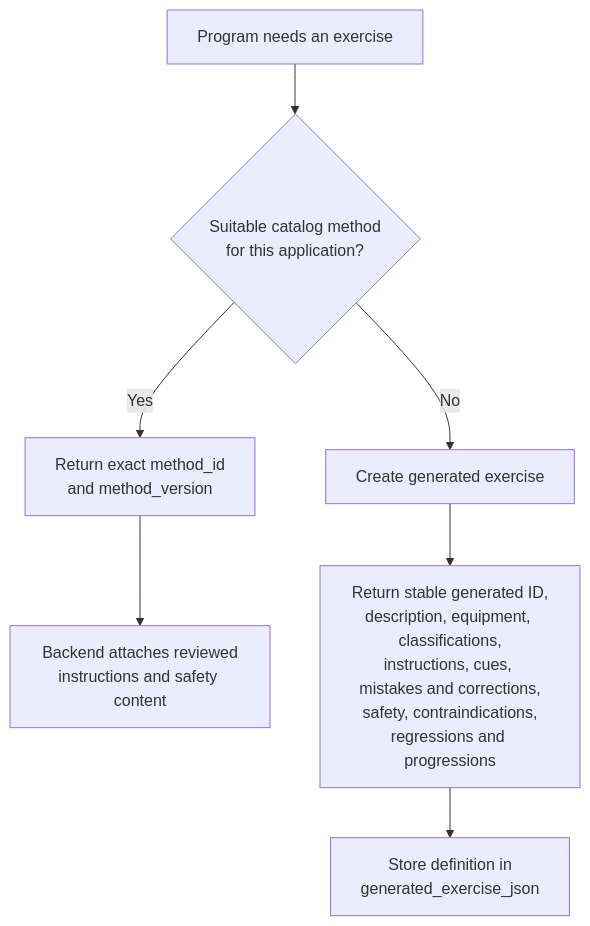
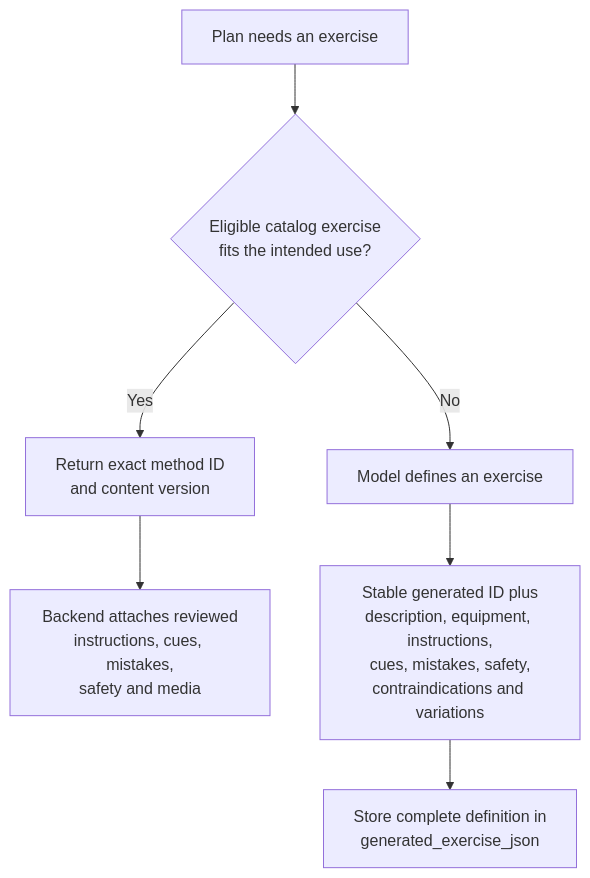
One commit to vamshikrishnabrungi/Fitness-App changed the fourth of 7 diagrams in docs/training-generation-architecture.md. Above: the diagram before and after it, drawn with Mermaid. The commit also changed other lines of this file, not shown here.

Commit message:
Document running-only architecture

````diff
--- a/docs/training-generation-architecture.md
+++ b/docs/training-generation-architecture.md
@@ -95,10 +117,9 @@
 ```mermaid
 flowchart TD
-    NEED[Program needs an exercise] --> MATCH{Suitable catalog method<br/>for this application?}
-    MATCH -->|Yes| CAT[Return exact method_id<br/>and method_version]
-    CAT --> ATTACH[Backend attaches reviewed<br/>instructions and safety content]
-
-    MATCH -->|No| GEN[Create generated exercise]
-    GEN --> DEF[Return stable generated ID,<br/>description, equipment, classifications,<br/>instructions, cues, mistakes and corrections,<br/>safety, contraindications,<br/>regressions and progressions]
-    DEF --> STORE[Store definition in<br/>generated_exercise_json]
+    NEED[Plan needs an exercise] --> FIT{Eligible catalog exercise<br/>fits the intended use?}
+    FIT -->|Yes| ID[Return exact method ID<br/>and content version]
+    ID --> ATTACH[Backend attaches reviewed<br/>instructions, cues, mistakes,<br/>safety and media]
+    FIT -->|No| NEW[Model defines an exercise]
+    NEW --> CONTENT[Stable generated ID plus<br/>description, equipment, instructions,<br/>cues, mistakes, safety,<br/>contraindications and variations]
+    CONTENT --> JSON[Store complete definition in<br/>generated_exercise_json]
 ```
````
